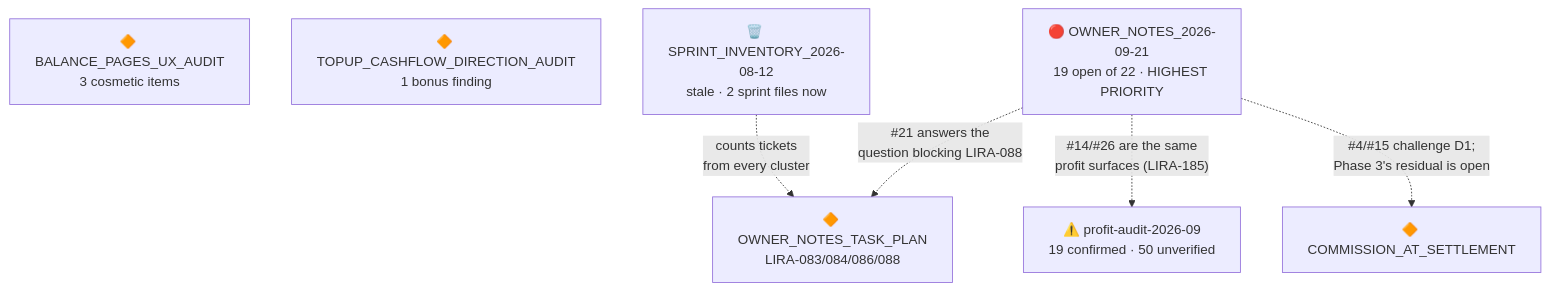
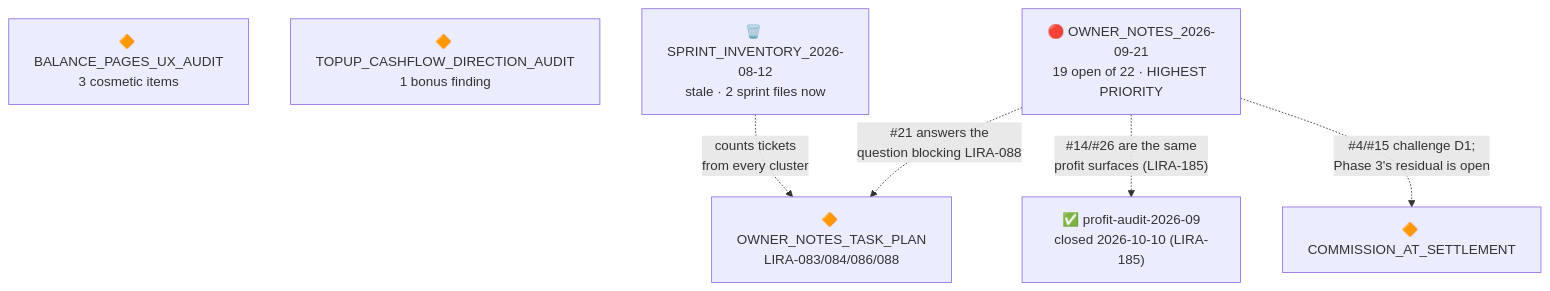
One commit to amirelhalabi/Liratek changed the fourth of 4 diagrams in docs/plans/ongoing_plans/PLAN_OVERVIEW.md. Above: the diagram before and after it, drawn with Mermaid. The commit also changed other lines of this file and 6 other files, not shown here.

````diff
--- a/docs/plans/ongoing_plans/PLAN_OVERVIEW.md
+++ b/docs/plans/ongoing_plans/PLAN_OVERVIEW.md
@@ -302,14 +298,14 @@
 ```mermaid
 graph TD
-  PA["⚠️ profit-audit-2026-09<br/>19 confirmed · 50 unverified"]
+  PA["✅ profit-audit-2026-09<br/>closed 2026-10-10 (LIRA-185)"]
   BAL["🔶 BALANCE_PAGES_UX_AUDIT<br/>3 cosmetic items"]
   TOP["🔶 TOPUP_CASHFLOW_DIRECTION_AUDIT<br/>1 bonus finding"]
   OWN["🔶 OWNER_NOTES_TASK_PLAN<br/>LIRA-083/084/086/088"]
   SPR["🗑️ SPRINT_INVENTORY_2026-08-12<br/>stale · 2 sprint files now"]
   ON21["🔴 OWNER_NOTES_2026-09-21<br/>19 open of 22 · HIGHEST PRIORITY"]
 
   SPR -.->|"counts tickets<br/>from every cluster"| OWN
   ON21 -.->|"#21 answers the<br/>question blocking LIRA-088"| OWN
   ON21 -.->|"#14/#26 are the same<br/>profit surfaces (LIRA-185)"| PA
   ON21 -.->|"#4/#15 challenge D1;<br/>Phase 3's residual is open"| CAS2["🔶 COMMISSION_AT_SETTLEMENT"]
 ```
````
